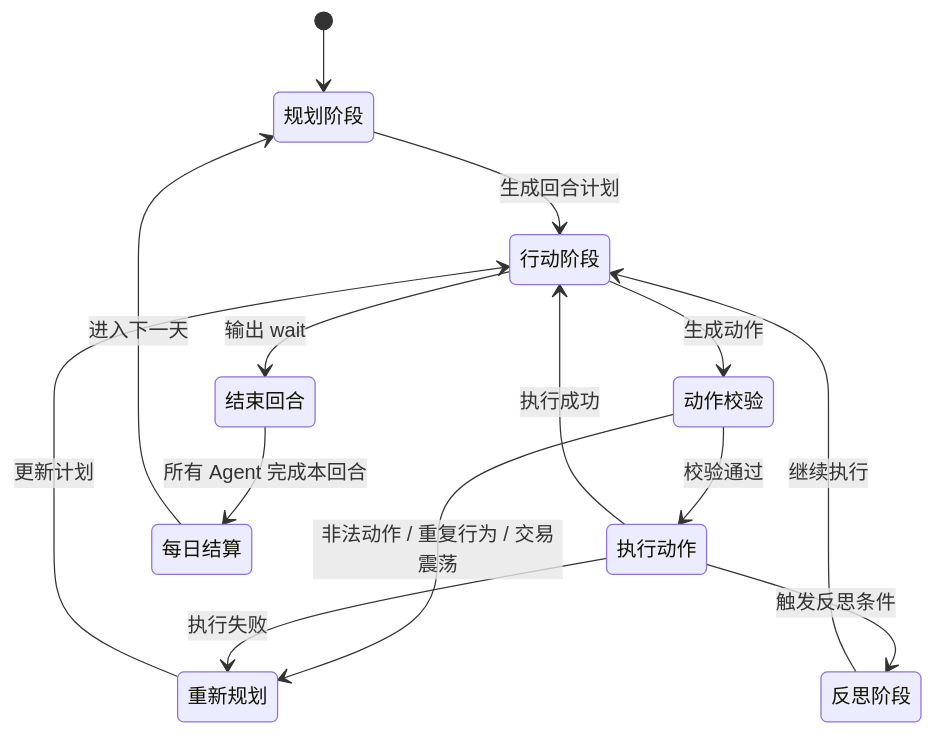
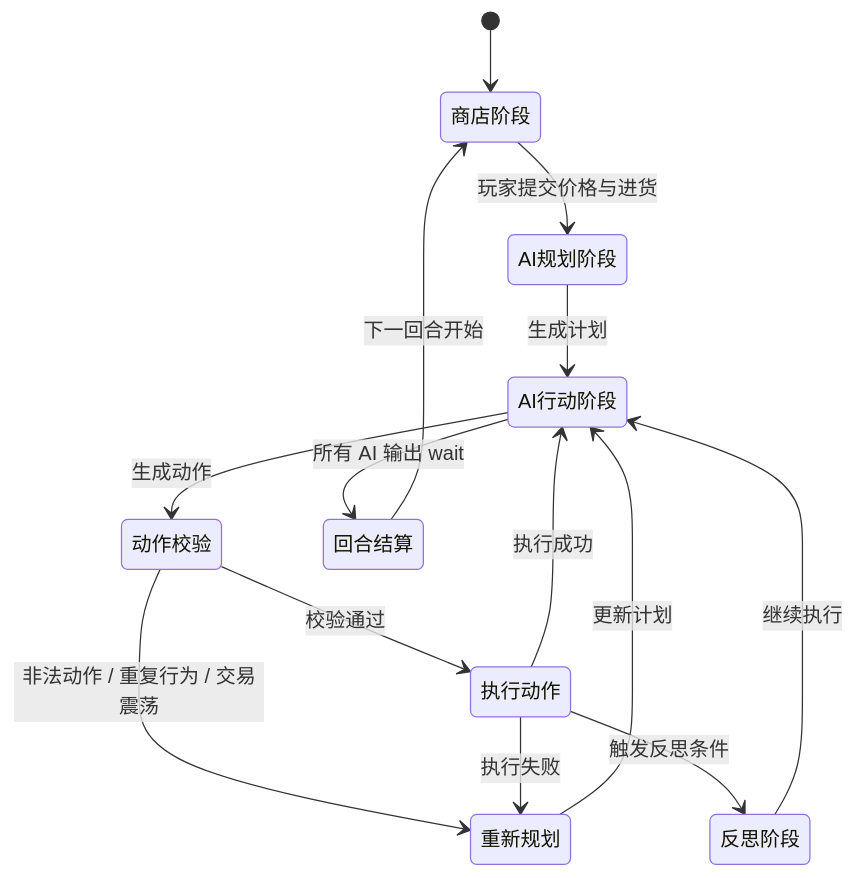
Before and after one commit to Bara-basi/multi-agent-ai-town-simulator: the second of 2 diagrams in README.md, drawn with Mermaid. The commit also changed other lines of this file and 206 other files, not shown here.

````diff
--- a/README.md
+++ b/README.md
@@ -84,22 +112,17 @@
 ```mermaid
 stateDiagram-v2
-    [*] --> 规划阶段
+    [*] --> 商店阶段
 
-    规划阶段 --> 行动阶段 : 生成回合计划
-
-    行动阶段 --> 动作校验 : 生成动作
+    商店阶段 --> AI规划阶段 : 玩家提交价格与进货
+    AI规划阶段 --> AI行动阶段 : 生成计划
+    AI行动阶段 --> 动作校验 : 生成动作
     动作校验 --> 执行动作 : 校验通过
     动作校验 --> 重新规划 : 非法动作 / 重复行为 / 交易震荡
-
-    执行动作 --> 行动阶段 : 执行成功
+    执行动作 --> AI行动阶段 : 执行成功
     执行动作 --> 重新规划 : 执行失败
     执行动作 --> 反思阶段 : 触发反思条件
-
-    重新规划 --> 行动阶段 : 更新计划
-    反思阶段 --> 行动阶段 : 继续执行
-
-    行动阶段 --> 结束回合 : 输出 wait
-
-    结束回合 --> 每日结算 : 所有 Agent 完成本回合
-    每日结算 --> 规划阶段 : 进入下一天
+    重新规划 --> AI行动阶段 : 更新计划
+    反思阶段 --> AI行动阶段 : 继续执行
+    AI行动阶段 --> 回合结算 : 所有 AI 输出 wait
+    回合结算 --> 商店阶段 : 下一回合开始
 ```
````
